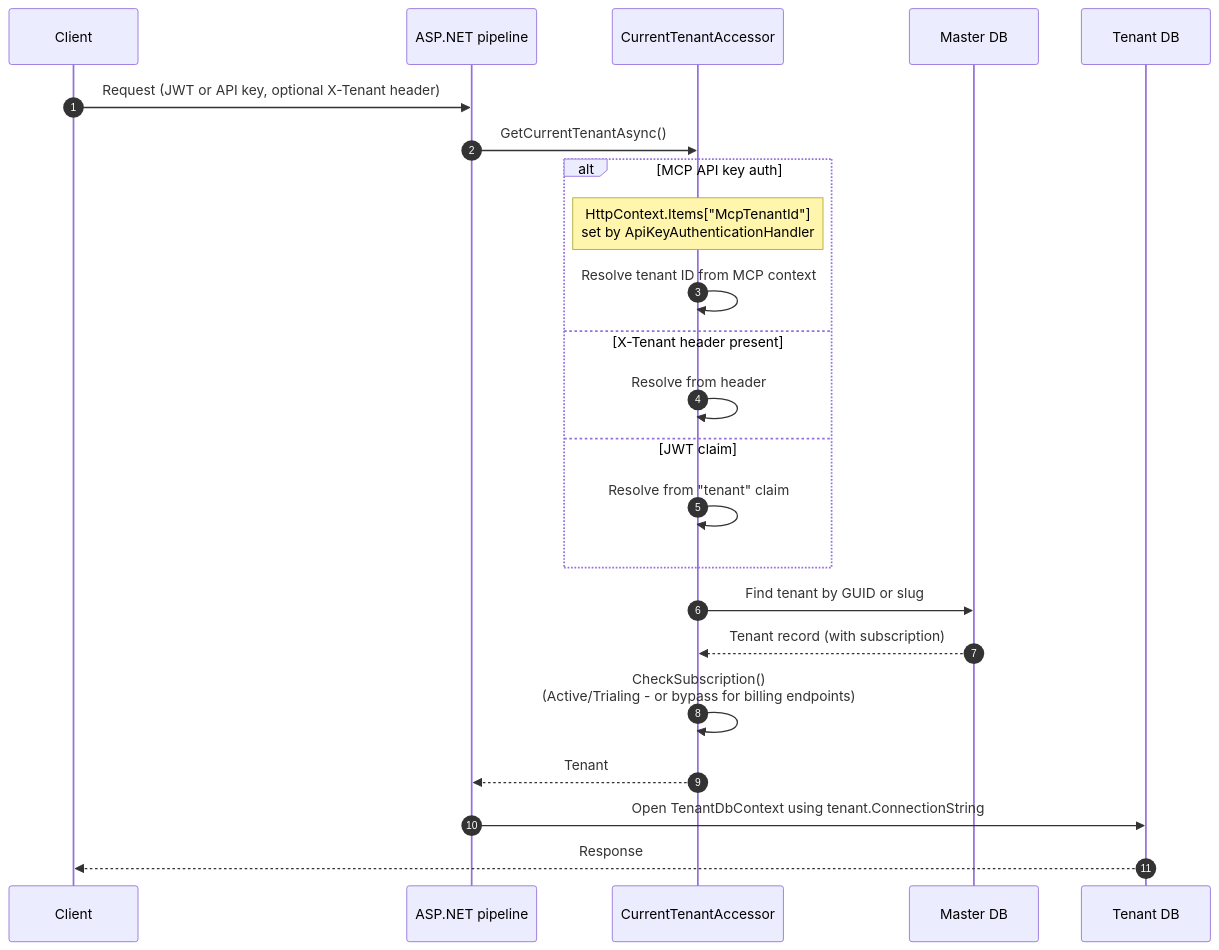
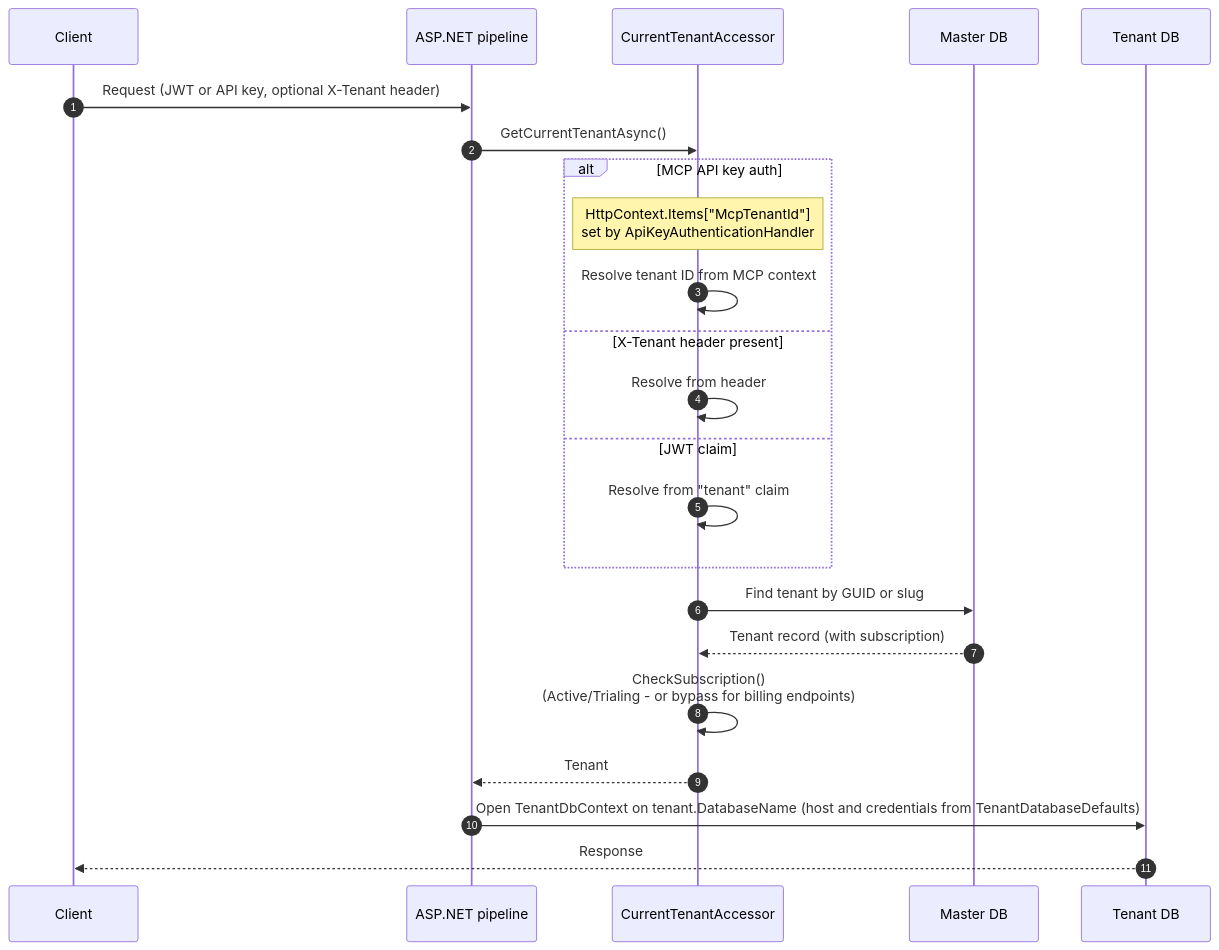
One commit to suxrobGM/logistics-app changed the second of 3 diagrams in docs/architecture/multi-tenancy.md. Above: the diagram before and after it, drawn with Mermaid. The commit also changed other lines of this file and 51 other files, not shown here.

Commit message:
fix(tenants): store the tenant database name instead of its connection string

````diff
--- a/docs/architecture/multi-tenancy.md
+++ b/docs/architecture/multi-tenancy.md
@@ -80,28 +80,28 @@
 ```mermaid
 sequenceDiagram
     autonumber
     participant Client
     participant Mw as ASP.NET pipeline
     participant TS as CurrentTenantAccessor
     participant Master as Master DB
     participant TDb as Tenant DB
 
     Client->>Mw: Request (JWT or API key, optional X-Tenant header)
     Mw->>TS: GetCurrentTenantAsync()
 
     alt MCP API key auth
         Note over TS: HttpContext.Items["McpTenantId"]<br/>set by ApiKeyAuthenticationHandler
         TS->>TS: Resolve tenant ID from MCP context
     else X-Tenant header present
         TS->>TS: Resolve from header
     else JWT claim
         TS->>TS: Resolve from "tenant" claim
     end
 
     TS->>Master: Find tenant by GUID or slug
     Master-->>TS: Tenant record (with subscription)
     TS->>TS: CheckSubscription()<br/>(Active/Trialing - or bypass for billing endpoints)
     TS-->>Mw: Tenant
-    Mw->>TDb: Open TenantDbContext using tenant.ConnectionString
+    Mw->>TDb: Open TenantDbContext on tenant.DatabaseName (host and credentials from TenantDatabaseDefaults)
     TDb-->>Client: Response
 ```
````
